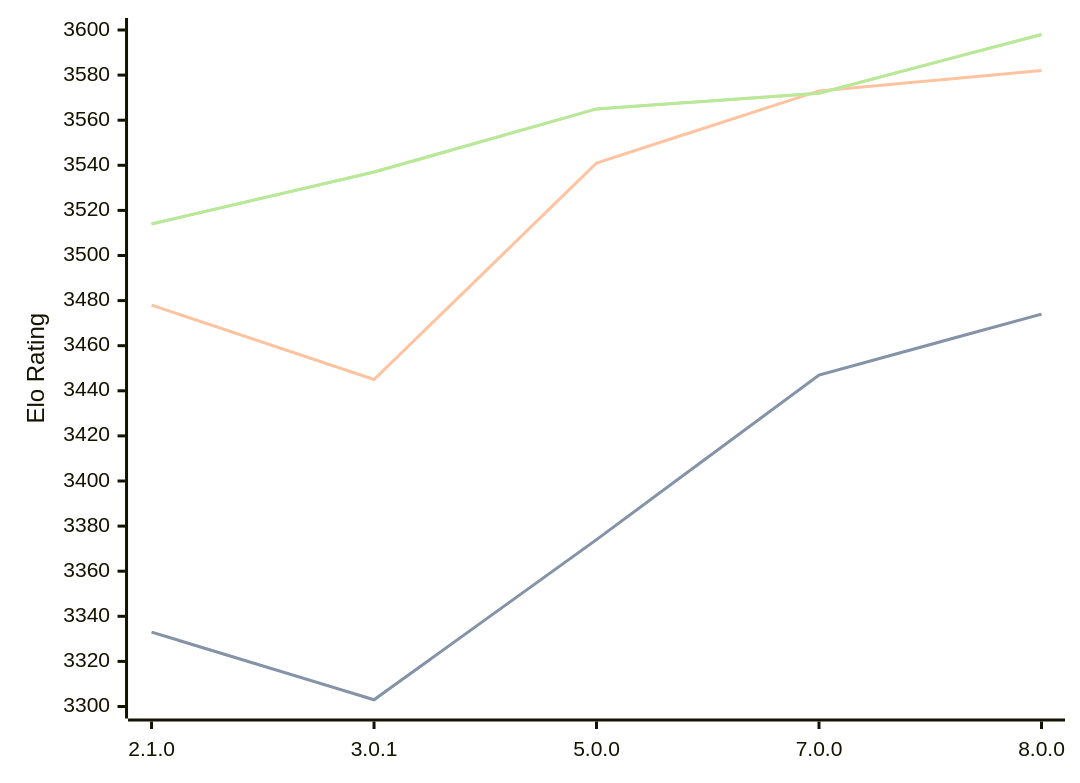
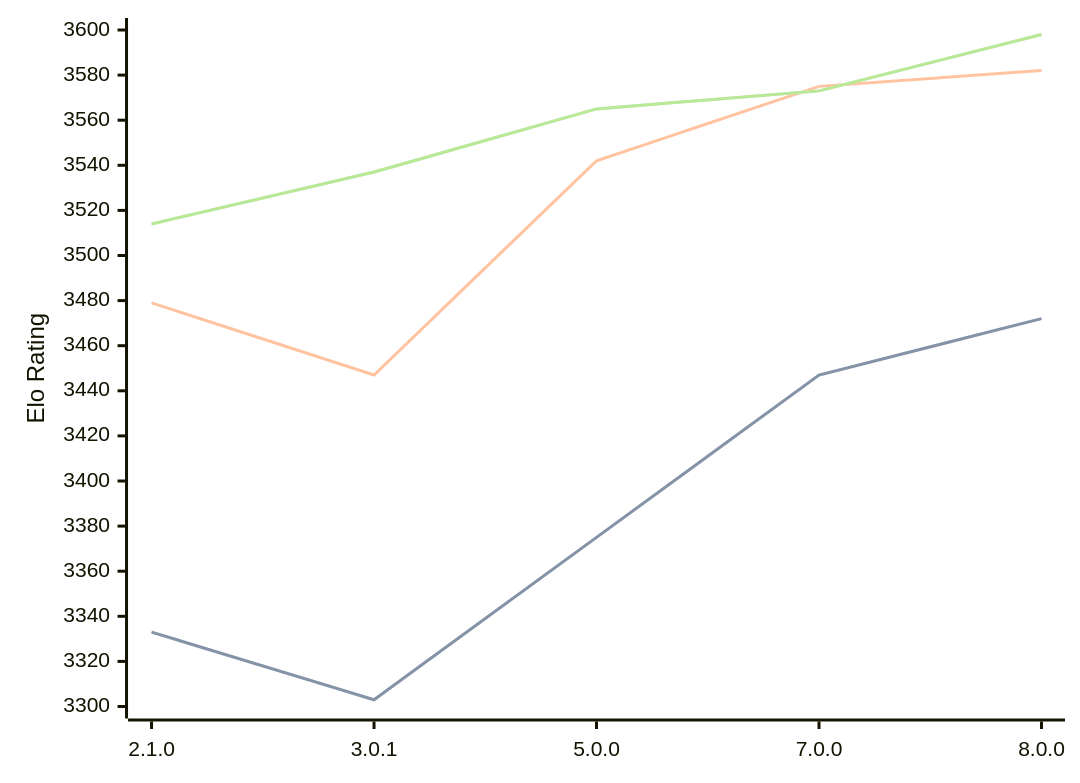
One commit to computer-chess-index/cci changed the diagram in engines/PlentyChess.md. Above: the diagram before and after it, drawn with Mermaid. The commit also changed other lines of this file, not shown here.

Commit message:
Update CCI Ratings (ELO VLTC) - 2026-09-27

````diff
--- a/engines/PlentyChess.md
+++ b/engines/PlentyChess.md
@@ -37,11 +37,11 @@
 ```mermaid
 %%{init: {"theme":"base","themeVariables":{"seriesColors:['#a3a3a3','#222221','#faa371']}}}%%
 xychart-beta
   x-axis ["2.1.0", "3.0.1", "5.0.0", "7.0.0", "8.0.0"]
   y-axis "Elo Rating" 3300 --> 3600
-  line "" [3333, 3303, 3374, 3447, 3474]
-  line "STC (8.0+0.08s)" [3333, 3303, 3374, 3447, 3474]
-  line "LTC (60.0+0.60s)" [3478, 3445, 3541, 3573, 3582]
-  line "" [3514, 3537, 3565, 3572, 3598]
-  line "VLTC (2m24s+1.12s)" [3514, 3537, 3565, 3572, 3598]
+  line "" [3333, 3303, 3375, 3447, 3472]
+  line "STC (8.0+0.08s)" [3333, 3303, 3375, 3447, 3472]
+  line "LTC (60.0+0.60s)" [3479, 3447, 3542, 3575, 3582]
+  line "" [3514, 3537, 3565, 3573, 3598]
+  line "VLTC (2m24s+1.12s)" [3514, 3537, 3565, 3573, 3598]
 ```
````
